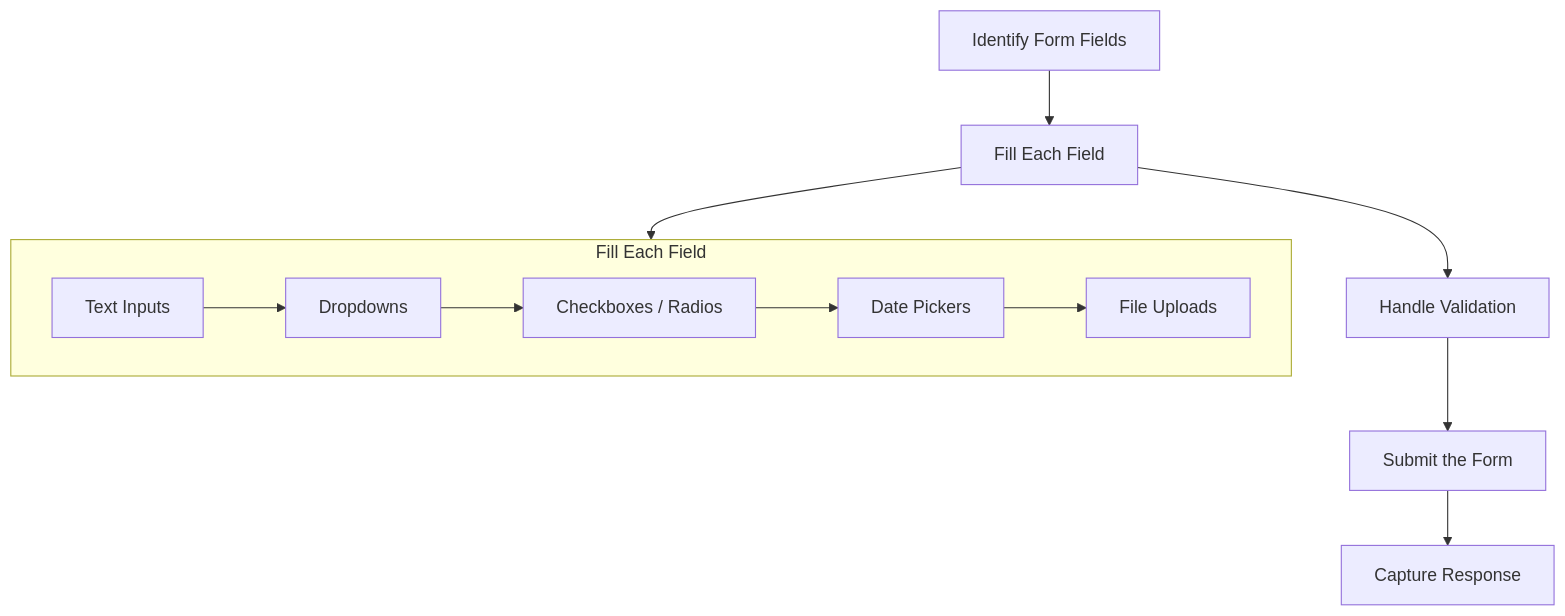
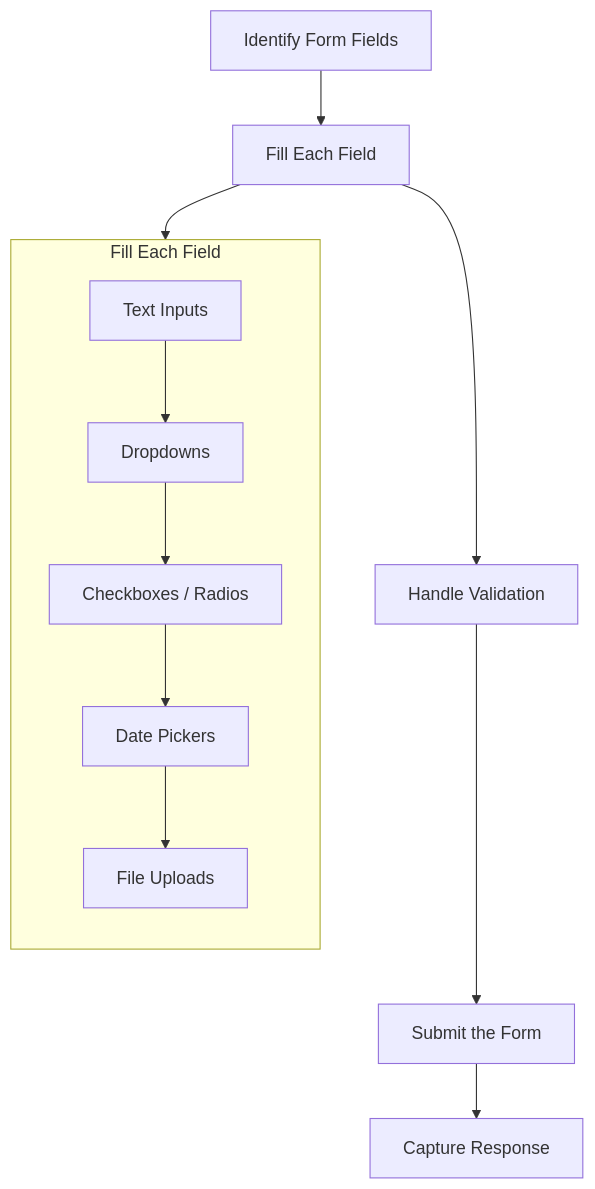
One commit to bytetunnels/bytetunnels.github.com changed the first of 2 diagrams in _posts/2026-03-03-how-to-automate-web-form-filling-complete-guide.md. Above: the diagram before and after it, drawn with Mermaid. The commit also changed 118 other files, not shown here.

Commit message:
feat: improve diagram styling and compact wide flowcharts

````diff
--- a/_posts/2026-03-03-how-to-automate-web-form-filling-complete-guide.md
+++ b/_posts/2026-03-03-how-to-automate-web-form-filling-complete-guide.md
@@ -21,16 +21,17 @@
 ```mermaid
 flowchart TD
     A["Identify Form Fields"] --> B["Fill Each Field"]
     B --> C["Handle Validation"]
     C --> D["Submit the Form"]
     D --> E["Capture Response"]
 
     subgraph FILL["Fill Each Field"]
+        direction TB
         B1["Text Inputs"] --> B2["Dropdowns"]
         B2 --> B3["Checkboxes / Radios"]
         B3 --> B4["Date Pickers"]
         B4 --> B5["File Uploads"]
     end
 
     B --> FILL
 ```
````
